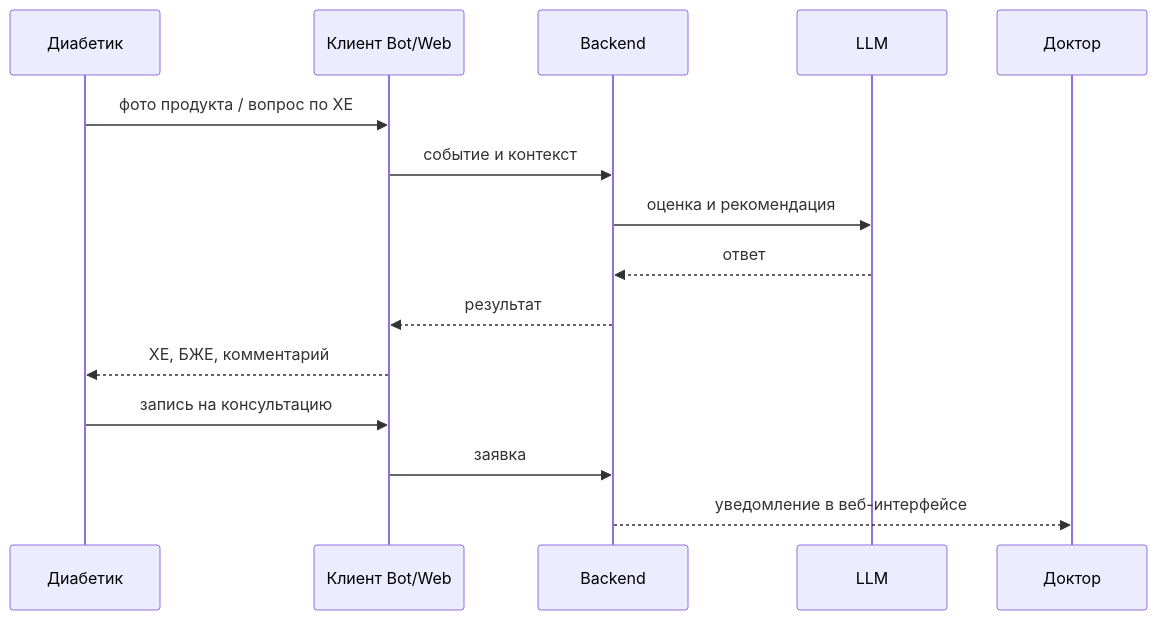
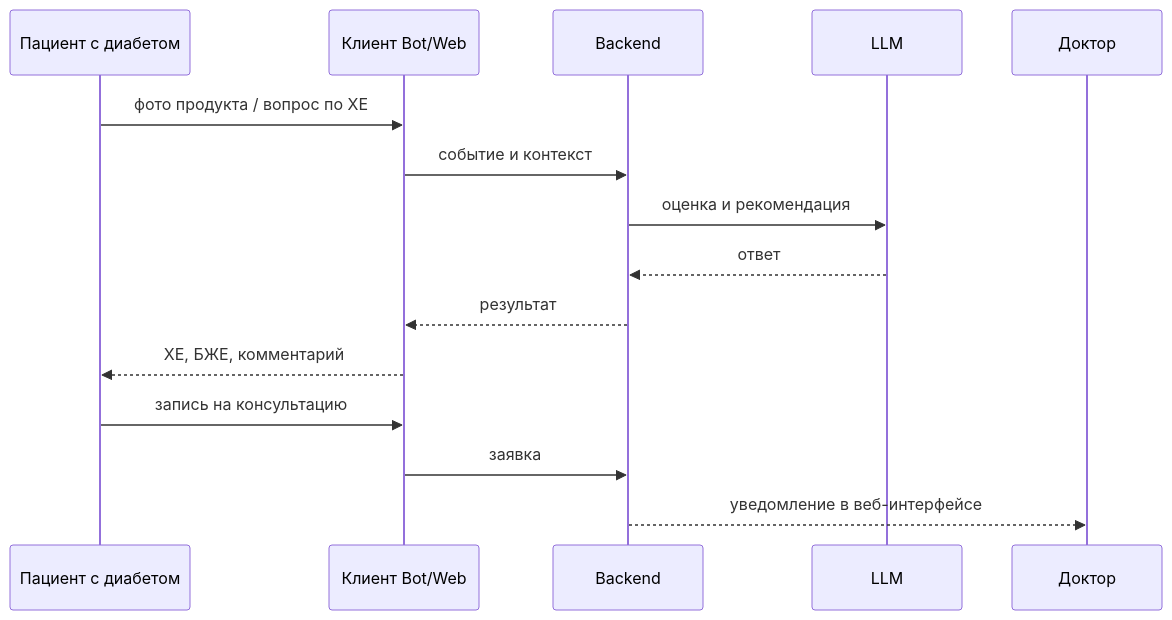
One commit to zatulik2606/diaai changed the third of 6 diagrams in docs/vision.md. Above: the diagram before and after it, drawn with Mermaid. The commit also changed other lines of this file and 25 other files, not shown here.

````diff
--- a/docs/vision.md
+++ b/docs/vision.md
@@ -96,19 +96,19 @@
 ```mermaid
 sequenceDiagram
-    participant D as Диабетик
+    participant D as Пациент с диабетом
     participant C as Клиент Bot/Web
     participant B as Backend
     participant L as LLM
     participant Doc as Доктор
 
     D->>C: фото продукта / вопрос по ХЕ
     C->>B: событие и контекст
     B->>L: оценка и рекомендация
     L-->>B: ответ
     B-->>C: результат
     C-->>D: ХЕ, БЖЕ, комментарий
 
     D->>C: запись на консультацию
     C->>B: заявка
     B-->>Doc: уведомление в веб-интерфейсе
 ```
````
